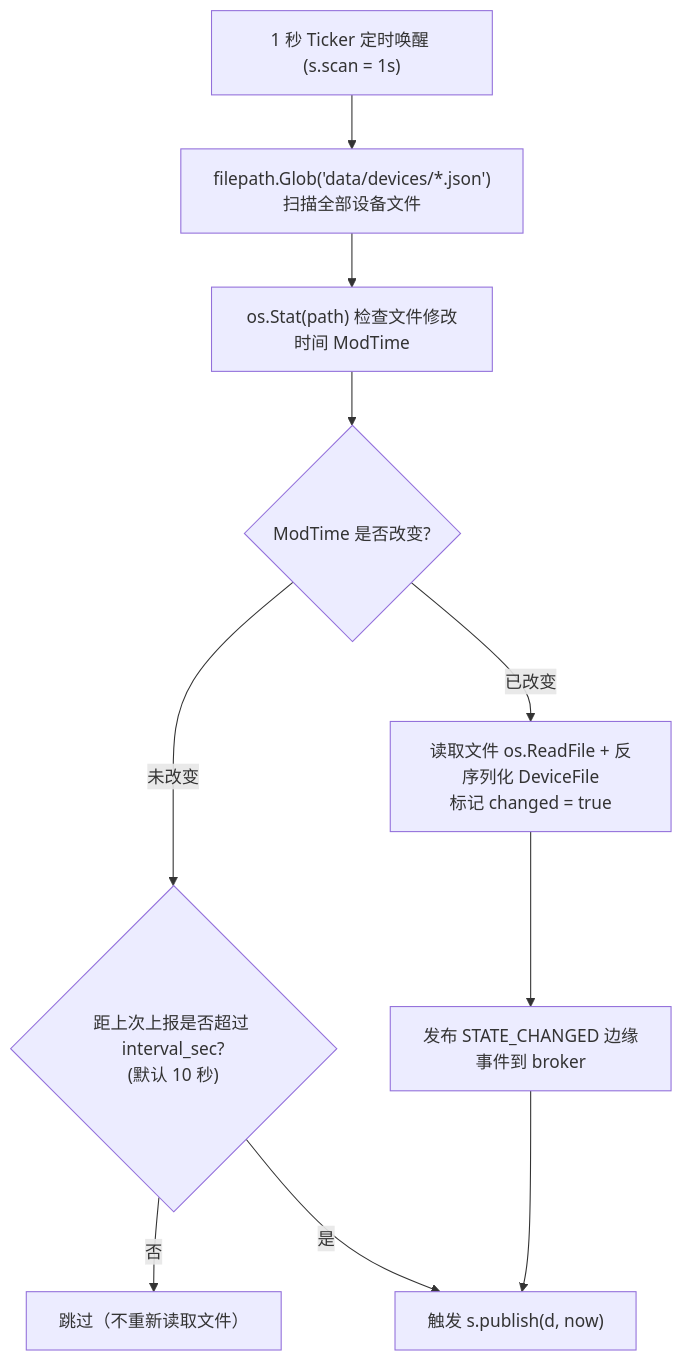
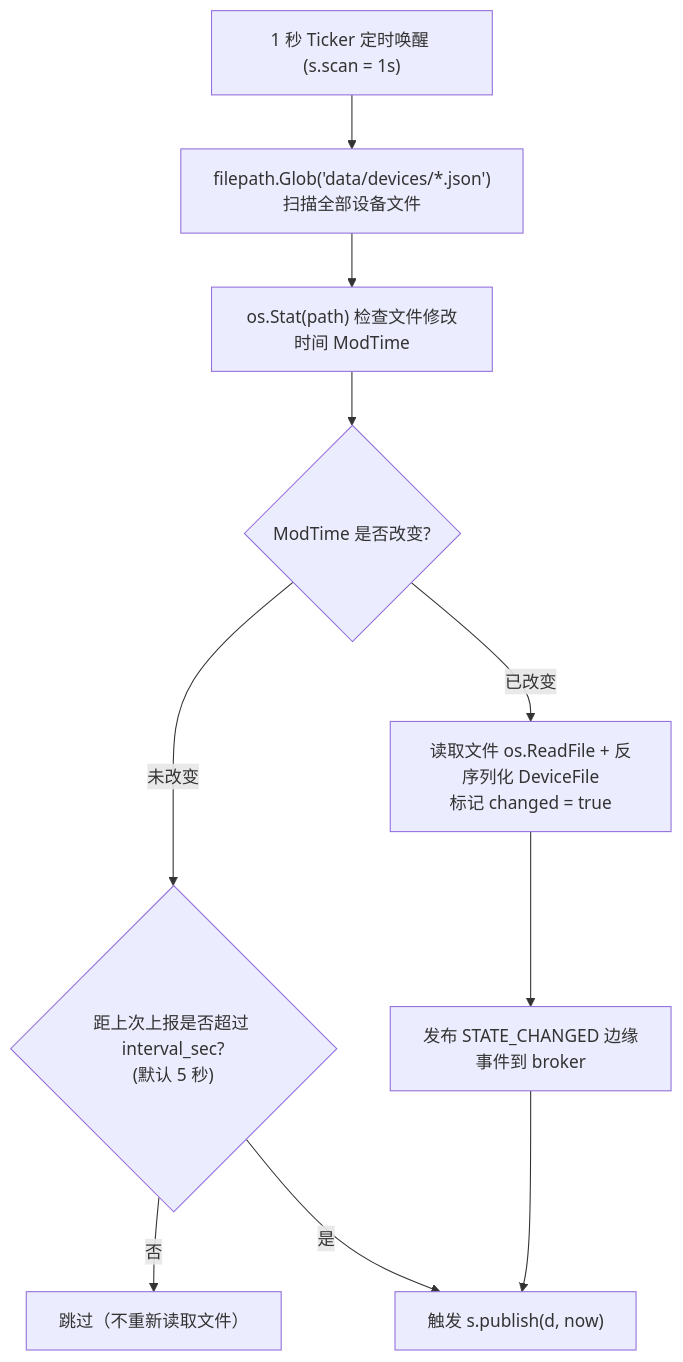
Before and after one commit to HarvestStars/roca_dashboard: the third of 6 diagrams in docs/system_workflow_design_manual.md, drawn with Mermaid. The commit also changed other lines of this file and 8 other files, not shown here.

````diff
--- a/docs/system_workflow_design_manual.md
+++ b/docs/system_workflow_design_manual.md
@@ -112,15 +112,15 @@
 ```mermaid
 flowchart TD
     Timer["1 秒 Ticker 定时唤醒 (s.scan = 1s)"] --> Glob["filepath.Glob('data/devices/*.json')<br/>扫描全部设备文件"]
     Glob --> Stat["os.Stat(path) 检查文件修改时间 ModTime"]
     
     Stat --> CheckMod{"ModTime 是否改变?"}
-    CheckMod -- 未改变 --> CheckInterval{"距上次上报是否超过 interval_sec?<br/>(默认 10 秒)"}
+    CheckMod -- 未改变 --> CheckInterval{"距上次上报是否超过 interval_sec?<br/>(默认 5 秒)"}
     CheckMod -- 已改变 --> ReadFile["读取文件 os.ReadFile + 反序列化 DeviceFile<br/>标记 changed = true"]
     
     ReadFile --> SendEvent["发布 STATE_CHANGED 边缘事件到 broker"]
     SendEvent --> Publish
     
     CheckInterval -- 否 --> Skip["跳过（不重新读取文件）"]
     CheckInterval -- 是 --> Publish["触发 s.publish(d, now)"]
 ```
````
